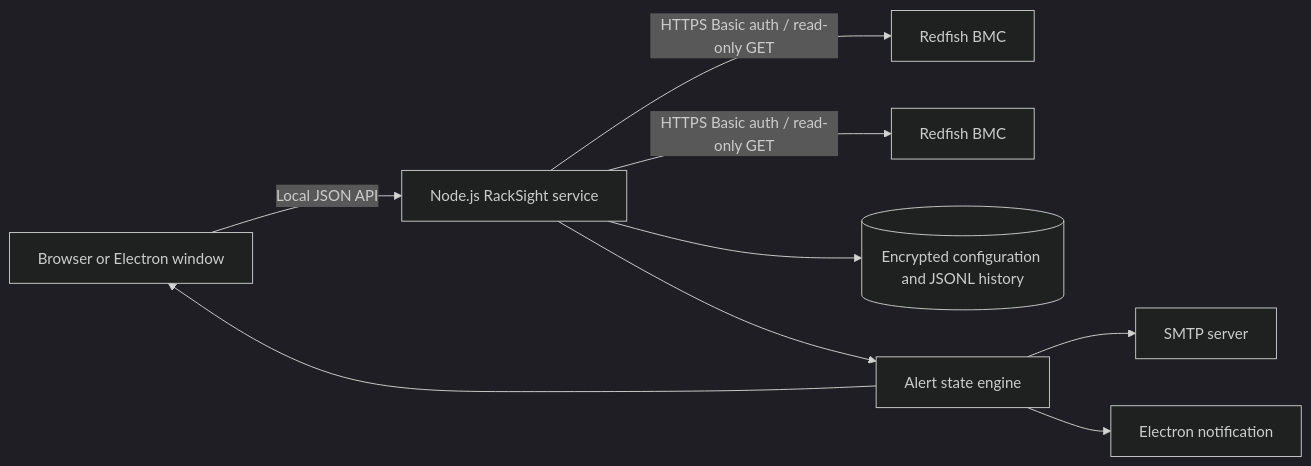
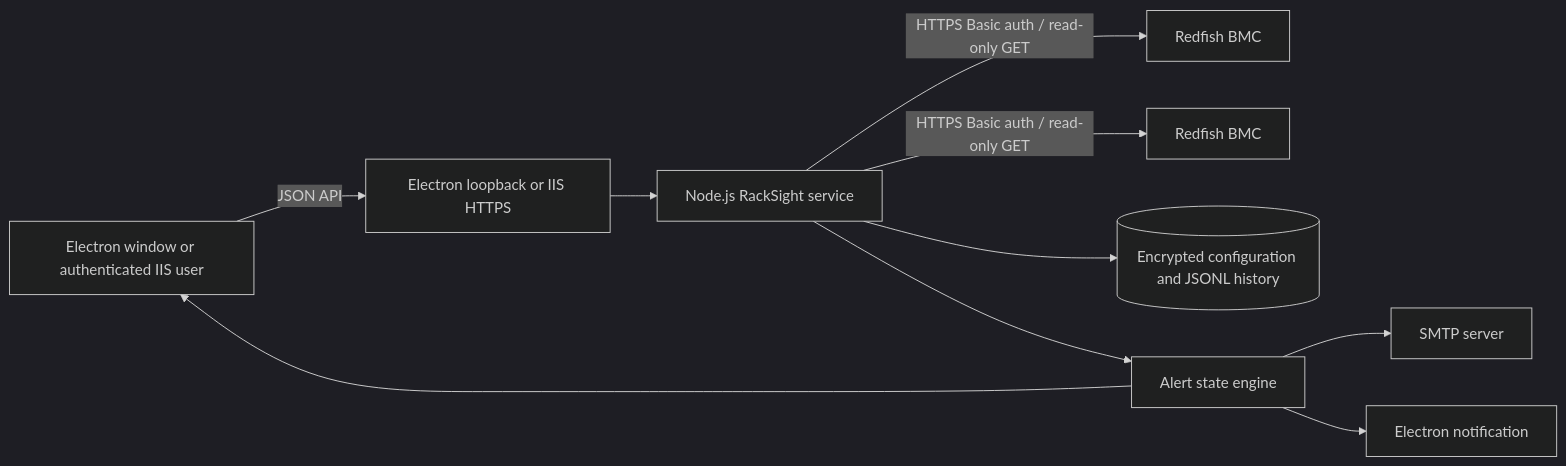
Before and after one commit to AuthorityGate/RackSight: the diagram in docs/ARCHITECTURE.md, drawn with Mermaid (dark theme). The commit also changed other lines of this file and 18 other files, not shown here.

Commit message:
Release RackSight 1.1.0 telemetry and deployment updates

````diff
--- a/docs/ARCHITECTURE.md
+++ b/docs/ARCHITECTURE.md
@@ -5,11 +5,12 @@
 ```mermaid
 flowchart LR
-    UI[Browser or Electron window] -->|Local JSON API| App[Node.js RackSight service]
+    UI[Electron window or authenticated IIS user] -->|JSON API| Edge[Electron loopback or IIS HTTPS]
+    Edge --> App[Node.js RackSight service]
     App -->|HTTPS Basic auth / read-only GET| BMC1[Redfish BMC]
     App -->|HTTPS Basic auth / read-only GET| BMC2[Redfish BMC]
     App --> Store[(Encrypted configuration and JSONL history)]
     App --> Alert[Alert state engine]
     Alert --> SMTP[SMTP server]
     Alert --> UI
     Alert --> Native[Electron notification]
 ```
````
